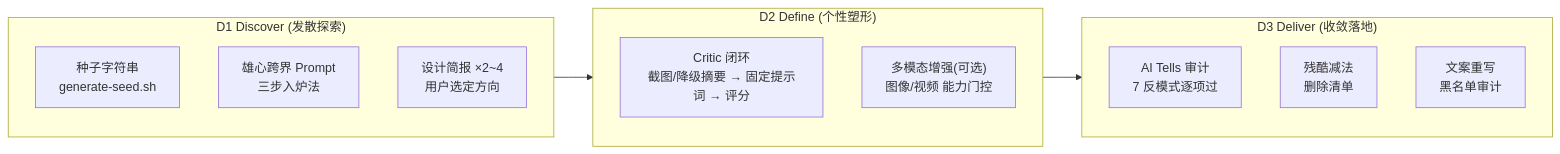
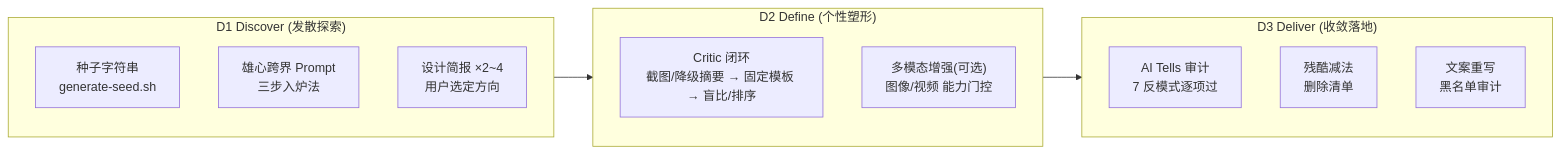
The diagram in docs/explanation/architecture/taste-driven-designer-design.md (CodingRookie98/cr-agent-arsenal), drawn with Mermaid before and after one commit. The commit also changed other lines of this file and 8 other files, not shown here.

````diff
--- a/docs/explanation/architecture/taste-driven-designer-design.md
+++ b/docs/explanation/architecture/taste-driven-designer-design.md
@@ -41,24 +41,24 @@
 ```mermaid
 flowchart LR
     subgraph D1["D1 Discover (发散探索)"]
         direction TB
         S["种子字符串<br/>generate-seed.sh"]
         P["雄心跨界 Prompt<br/>三步入炉法"]
         B["设计简报 ×2~4<br/>用户选定方向"]
     end
 
     subgraph D2["D2 Define (个性塑形)"]
         direction TB
-        C["Critic 闭环<br/>截图/降级摘要 → 固定提示词 → 评分"]
+        C["Critic 闭环<br/>截图/降级摘要 → 固定模板 → 盲比/排序"]
         M["多模态增强(可选)<br/>图像/视频 能力门控"]
     end
 
     subgraph D3["D3 Deliver (收敛落地)"]
         direction TB
         A["AI Tells 审计<br/>7 反模式逐项过"]
         R["残酷减法<br/>删除清单"]
         W["文案重写<br/>黑名单审计"]
     end
 
     D1 --> D2 --> D3
 ```
````
